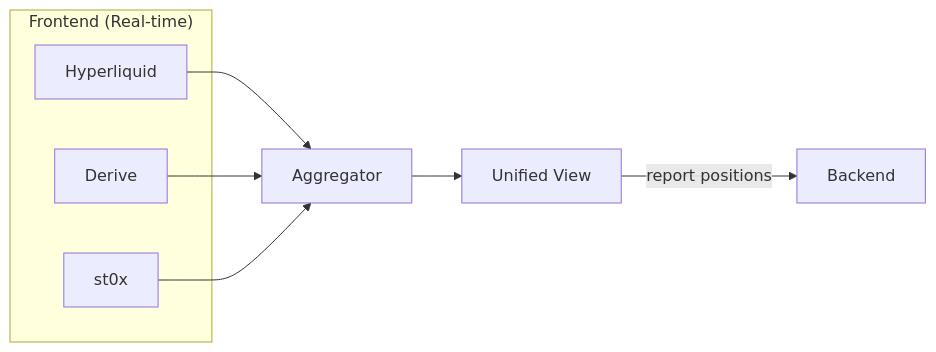
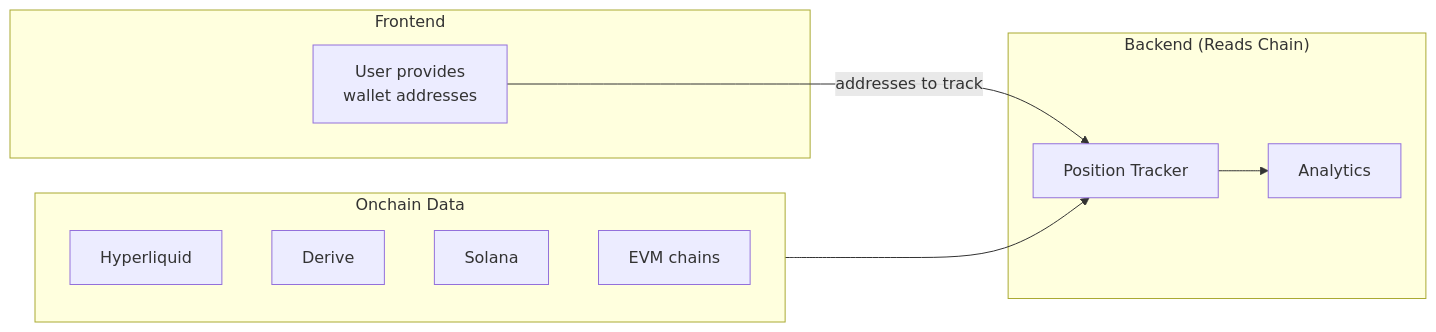
Diagram 14 of 18 in SPEC.md (dataclique/moneymentum), drawn with Mermaid before and after one commit. The commit also changed other lines of this file and 23 other files, not shown here.

````diff
--- a/SPEC.md
+++ b/SPEC.md
@@ -966,17 +980,22 @@
 ```mermaid
 flowchart LR
-    subgraph Frontend["Frontend (Real-time)"]
-        FE_HL[Hyperliquid]
-        FE_DRV[Derive]
-        FE_ST[st0x]
+    subgraph Frontend
+        ADDR[User provides<br/>wallet addresses]
     end
 
-    AGG[Aggregator]
-    UV[Unified View]
+    subgraph Backend["Backend (Reads Chain)"]
+        TRACK[Position Tracker]
+        ANAL[Analytics]
+    end
 
-    FE_HL --> AGG
-    FE_DRV --> AGG
-    FE_ST --> AGG
-    AGG --> UV
-    UV -->|report positions| Backend
+    subgraph Chains["Onchain Data"]
+        HL[Hyperliquid]
+        DRV[Derive]
+        SOL[Solana]
+        EVM[EVM chains]
+    end
+
+    ADDR -->|addresses to track| TRACK
+    Chains --> TRACK
+    TRACK --> ANAL
 ```
````
